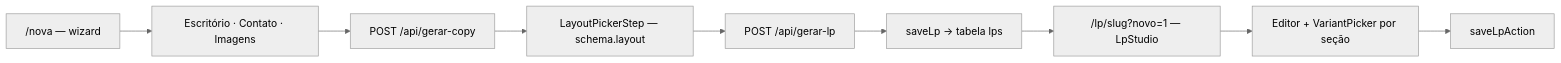
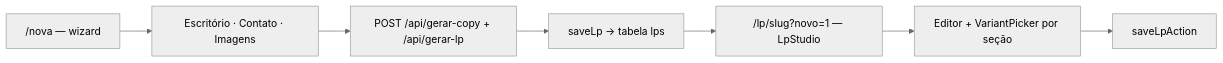
The third of 3 diagrams in docs/architecture.md (aceleracaojuridica/gerador-lp.causi.adv.br), drawn with Mermaid (neutral theme) before and after one commit. The commit also changed other lines of this file and 43 other files, not shown here.

Commit message:
Refactor landing page creation process to streamline wizard steps and enhance layout selection. Update documentation to reflect changes in schema handling and template usage. Introduce new LP theme styles and remove deprecated components for improved performance and maintainability.

````diff
--- a/docs/architecture.md
+++ b/docs/architecture.md
@@ -138,11 +138,9 @@
 ```mermaid
 flowchart LR
   A["/nova — wizard"] --> B["Escritório · Contato · Imagens"]
-  B --> C["POST /api/gerar-copy"]
-  C --> D["LayoutPickerStep — schema.layout"]
-  D --> E["POST /api/gerar-lp"]
-  E --> F["saveLp → tabela lps"]
-  F --> G["/lp/slug?novo=1 — LpStudio"]
-  G --> H["Editor + VariantPicker por seção"]
-  H --> I["saveLpAction"]
+  B --> C["POST /api/gerar-copy + /api/gerar-lp"]
+  C --> D["saveLp → tabela lps"]
+  D --> E["/lp/slug?novo=1 — LpStudio"]
+  E --> F["Editor + VariantPicker por seção"]
+  F --> G["saveLpAction"]
 ```
````
